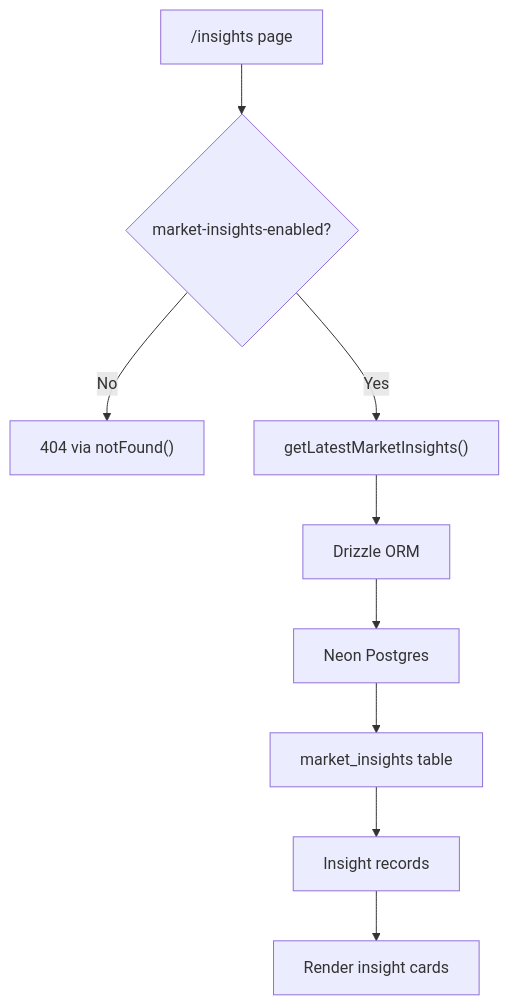
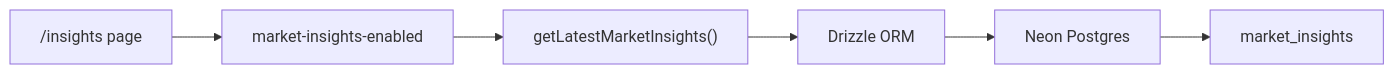
One commit to BlockShield-Systems/swiss-market-dashboard changed the ninth of 12 diagrams in docs/architecture-diagrams.md. Above: the diagram before and after it, drawn with Mermaid. The commit also changed other lines of this file and 9 other files, not shown here.

````diff
--- a/docs/architecture-diagrams.md
+++ b/docs/architecture-diagrams.md
@@ -306,14 +352,15 @@
 ```mermaid
-flowchart TD
-  InsightsPage["/insights page"] --> FeatureFlag{"market-insights-enabled?"}
+flowchart LR
+  InsightsPage["/insights page"]
+  FeatureFlag["market-insights-enabled"]
+  Query["getLatestMarketInsights()"]
+  Drizzle["Drizzle ORM"]
+  Neon["Neon Postgres"]
+  Table["market_insights"]
 
-  FeatureFlag -->|No| NotFound["404 via notFound()"]
-  FeatureFlag -->|Yes| Query["getLatestMarketInsights()"]
-
-  Query --> Drizzle["Drizzle ORM"]
-  Drizzle --> Neon["Neon Postgres"]
-  Neon --> Table["market_insights table"]
-
-  Table --> Records["Insight records"]
-  Records --> Render["Render insight cards"]
+  InsightsPage --> FeatureFlag
+  FeatureFlag --> Query
+  Query --> Drizzle
+  Drizzle --> Neon
+  Neon --> Table
 ```
````
